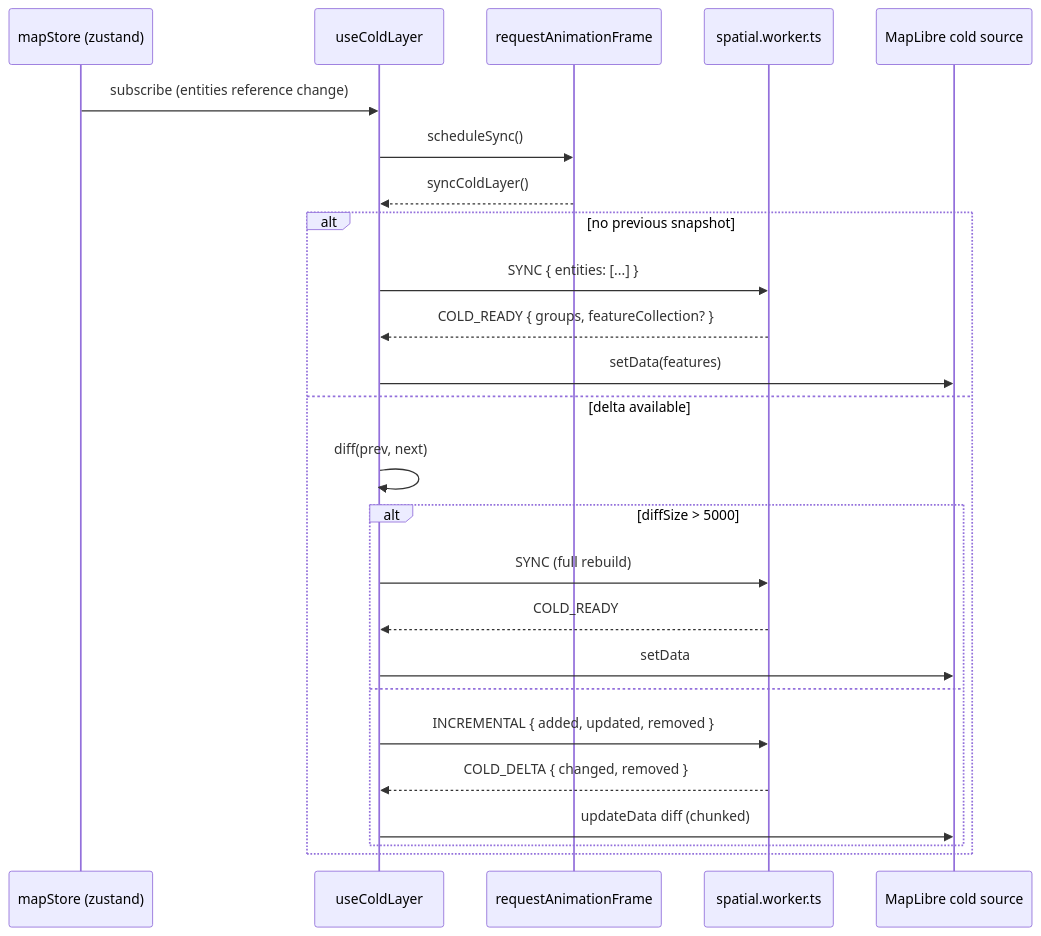
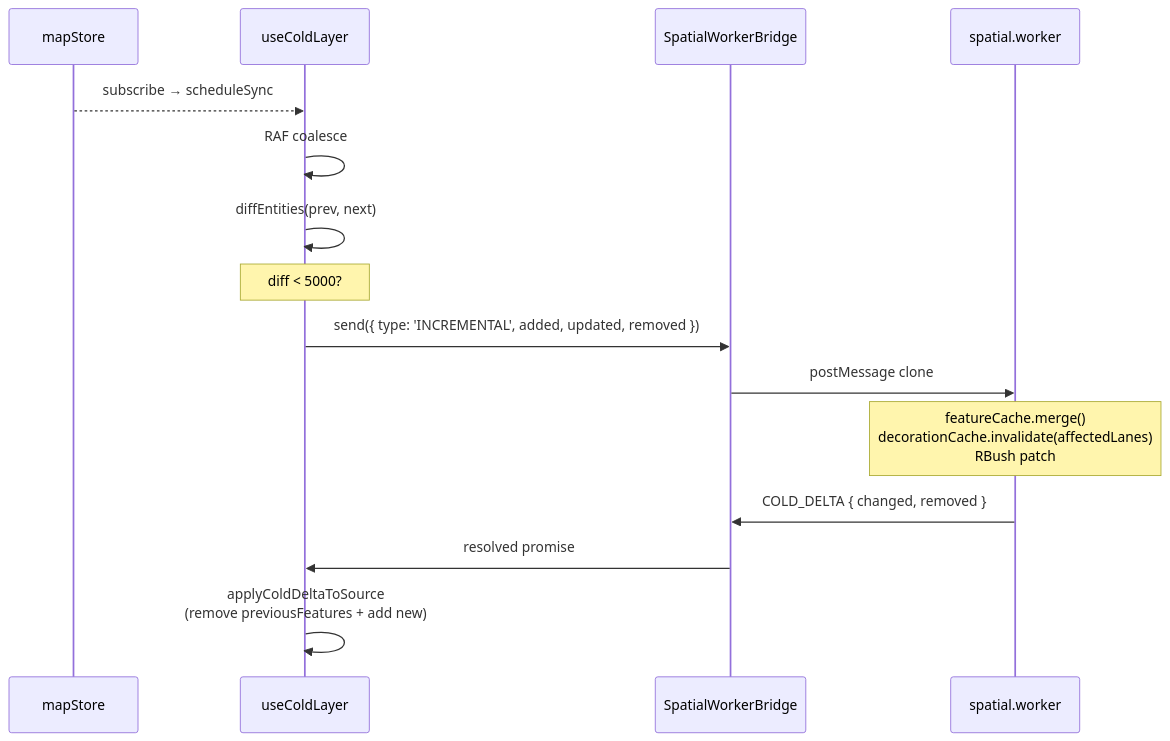
Before and after one commit to SakuraPuare/apollo-map-studio: the diagram in docs/api/hooks/use-cold-layer.md, drawn with Mermaid. The commit also changed other lines of this file and 414 other files, not shown here.

````diff
--- a/docs/api/hooks/use-cold-layer.md
+++ b/docs/api/hooks/use-cold-layer.md
@@ -52,28 +198,18 @@
 ```mermaid
 sequenceDiagram
-    participant Store as mapStore (zustand)
+    participant Store as mapStore
     participant Hook as useColdLayer
-    participant RAF as requestAnimationFrame
-    participant Worker as spatial.worker.ts
-    participant Source as MapLibre cold source
+    participant Bridge as SpatialWorkerBridge
+    participant Worker as spatial.worker
 
-    Store->>Hook: subscribe (entities reference change)
-    Hook->>RAF: scheduleSync()
-    RAF-->>Hook: syncColdLayer()
-    alt no previous snapshot
-        Hook->>Worker: SYNC { entities: [...] }
-        Worker-->>Hook: COLD_READY { groups, featureCollection? }
-        Hook->>Source: setData(features)
-    else delta available
-        Hook->>Hook: diff(prev, next)
-        alt diffSize > 5000
-            Hook->>Worker: SYNC (full rebuild)
-            Worker-->>Hook: COLD_READY
-            Hook->>Source: setData
-        else
-            Hook->>Worker: INCREMENTAL { added, updated, removed }
-            Worker-->>Hook: COLD_DELTA { changed, removed }
-            Hook->>Source: updateData diff (chunked)
-        end
-    end
+    Store-->>Hook: subscribe → scheduleSync
+    Hook->>Hook: RAF coalesce
+    Hook->>Hook: diffEntities(prev, next)
+    Note over Hook: diff < 5000?
+    Hook->>Bridge: send({ type: 'INCREMENTAL', added, updated, removed })
+    Bridge->>Worker: postMessage clone
+    Note over Worker: featureCache.merge()<br/>decorationCache.invalidate(affectedLanes)<br/>RBush patch
+    Worker->>Bridge: COLD_DELTA { changed, removed }
+    Bridge->>Hook: resolved promise
+    Hook->>Hook: applyColdDeltaToSource<br/>(remove previousFeatures + add new)
 ```
````
